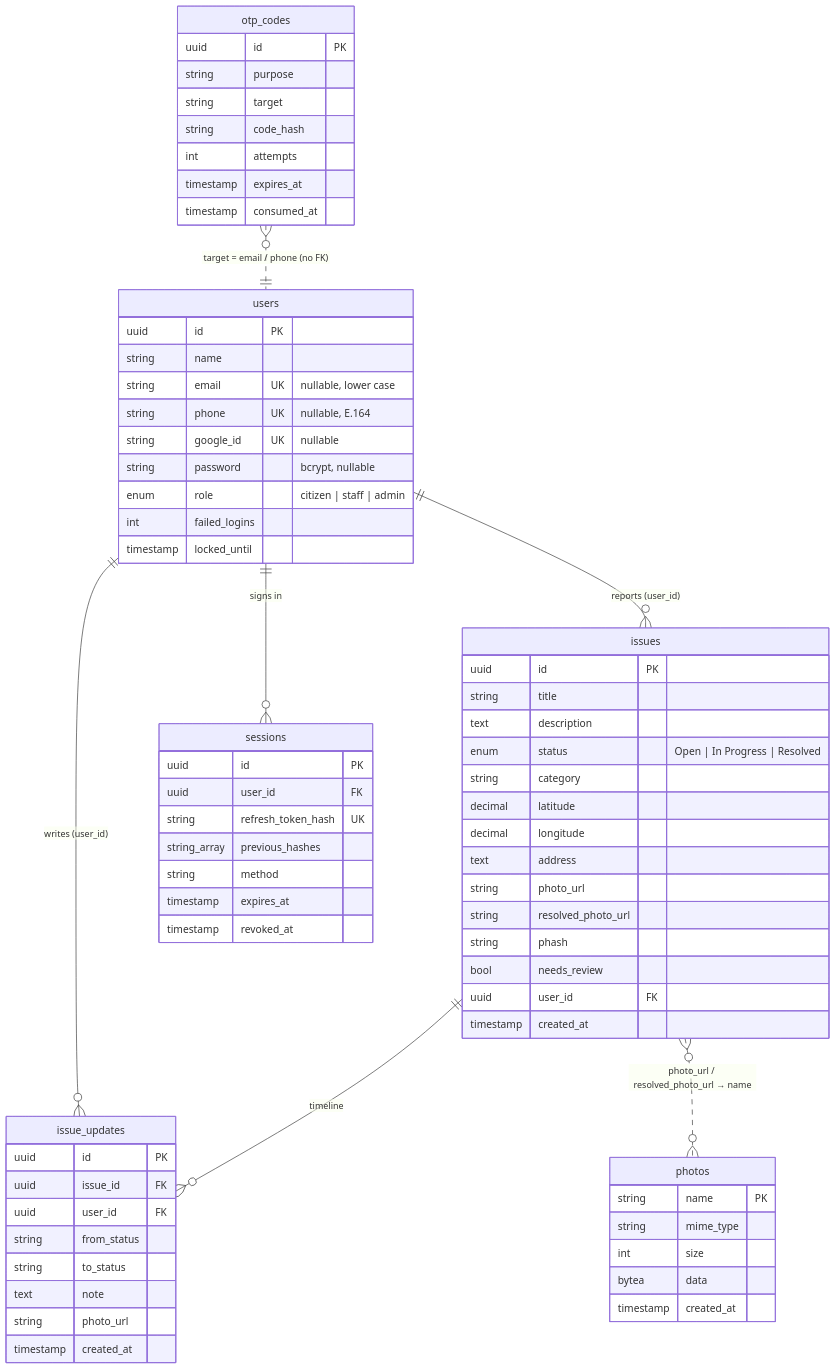
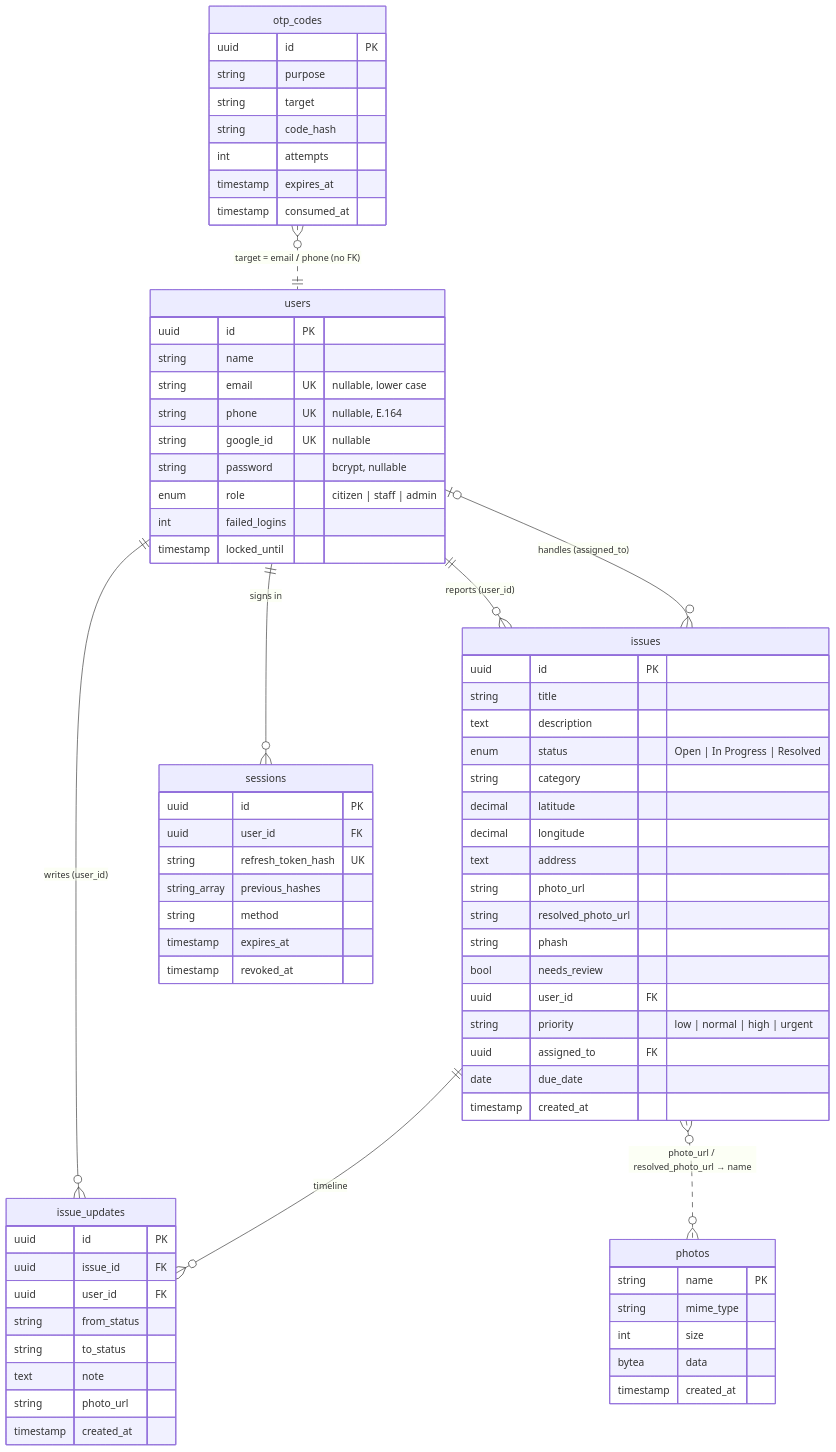
Before and after one commit to santhosh12133/CivicGuardAI: the diagram in docs/architecture/data-model.md, drawn with Mermaid. The commit also changed other lines of this file and 18 other files, not shown here.

First line of the commit message:
feat(admin): dashboard charts, issue map, assignment and a refreshed design

````diff
--- a/docs/architecture/data-model.md
+++ b/docs/architecture/data-model.md
@@ -5,72 +5,76 @@
 ```mermaid
 erDiagram
   users ||--o{ issues : "reports (user_id)"
+  users |o--o{ issues : "handles (assigned_to)"
   users ||--o{ issue_updates : "writes (user_id)"
   users ||--o{ sessions : "signs in"
   issues ||--o{ issue_updates : "timeline"
   issues }o..o{ photos : "photo_url / resolved_photo_url → name"
   otp_codes }o..|| users : "target = email / phone (no FK)"
 
   users {
     uuid id PK
     string name
     string email UK "nullable, lower case"
     string phone UK "nullable, E.164"
     string google_id UK "nullable"
     string password "bcrypt, nullable"
     enum role "citizen | staff | admin"
     int failed_logins
     timestamp locked_until
   }
   issues {
     uuid id PK
     string title
     text description
     enum status "Open | In Progress | Resolved"
     string category
     decimal latitude
     decimal longitude
     text address
     string photo_url
     string resolved_photo_url
     string phash
     bool needs_review
     uuid user_id FK
+    string priority "low | normal | high | urgent"
+    uuid assigned_to FK
+    date due_date
     timestamp created_at
   }
   issue_updates {
     uuid id PK
     uuid issue_id FK
     uuid user_id FK
     string from_status
     string to_status
     text note
     string photo_url
     timestamp created_at
   }
   photos {
     string name PK
     string mime_type
     int size
     bytea data
     timestamp created_at
   }
   sessions {
     uuid id PK
     uuid user_id FK
     string refresh_token_hash UK
     string_array previous_hashes
     string method
     timestamp expires_at
     timestamp revoked_at
   }
   otp_codes {
     uuid id PK
     string purpose
     string target
     string code_hash
     int attempts
     timestamp expires_at
     timestamp consumed_at
   }
 ```
````
